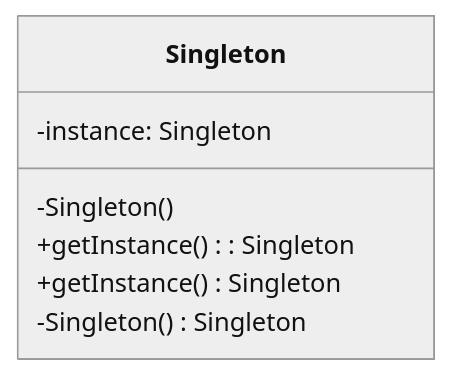
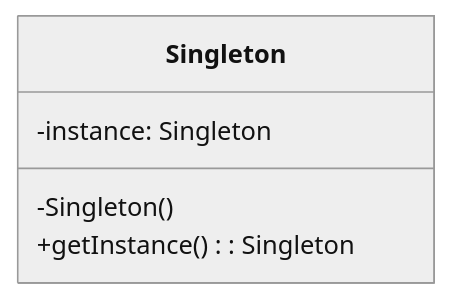
Before and after one commit to VrejHambardzumyan/DesignPatterns: the diagram in SingletonPattern.md, drawn with Mermaid (neutral theme).

Commit message:
SingletonPattern.md

````diff
--- a/SingletonPattern.md
+++ b/SingletonPattern.md
@@ -89,13 +89,8 @@
 ```mermaid
 classDiagram
     class Singleton {
         -instance: Singleton
         -Singleton()
         +getInstance(): Singleton
     }
-
-    Singleton : +getInstance() Singleton
-    Singleton : -Singleton() Singleton
-
-
 ```
````
